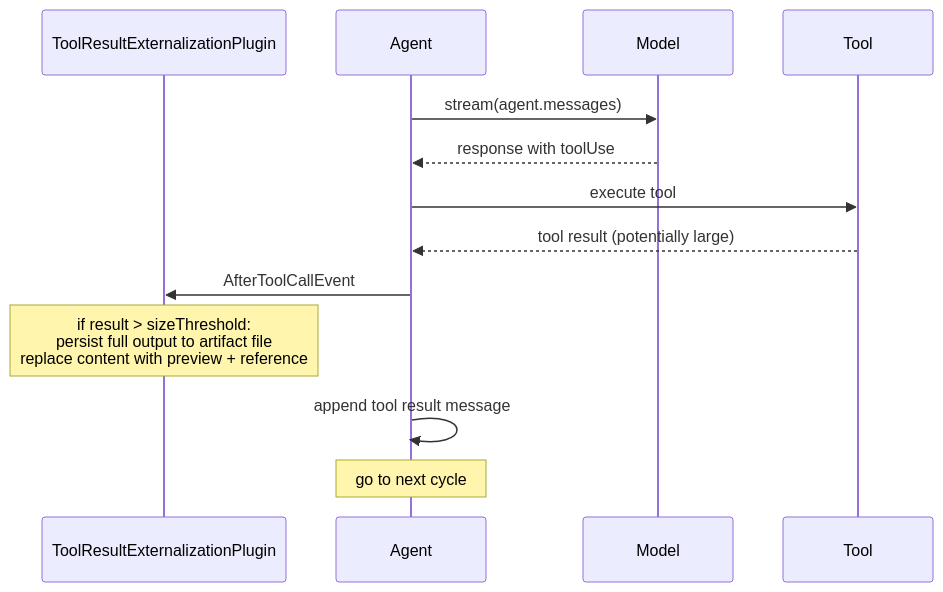
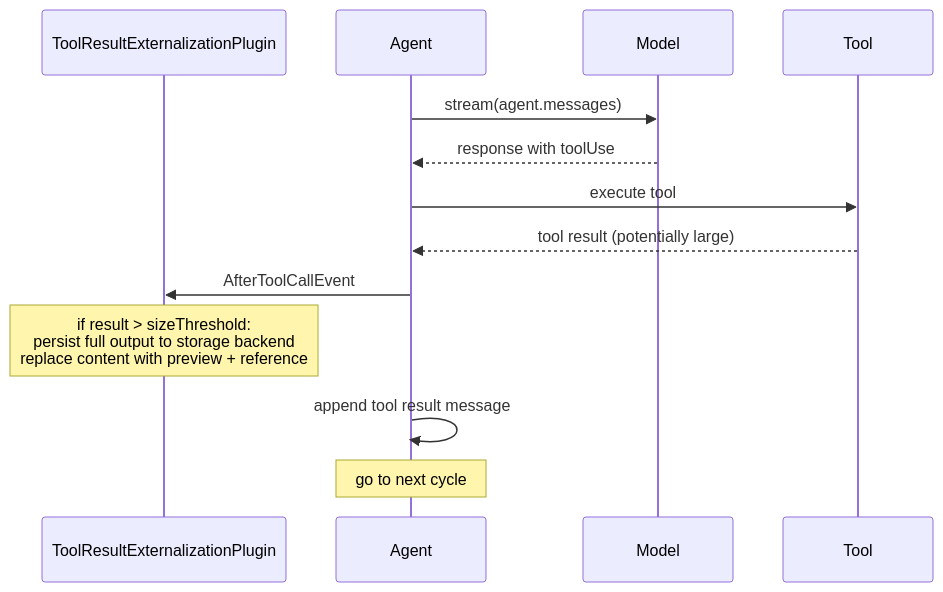
Before and after one commit to strands-agents/docs: the diagram in designs/0007-tool-result-externalization.md, drawn with Mermaid. The commit also changed other lines of this file, not shown here.

````diff
--- a/designs/0007-tool-result-externalization.md
+++ b/designs/0007-tool-result-externalization.md
@@ -89,16 +38,16 @@
 ```mermaid
 sequenceDiagram
     participant Plugin as ToolResultExternalizationPlugin
     participant Agent
     participant Model
     participant Tool
 
     Agent->>Model: stream(agent.messages)
     Model-->>Agent: response with toolUse
     Agent->>Tool: execute tool
     Tool-->>Agent: tool result (potentially large)
     Agent->>Plugin: AfterToolCallEvent
-    Note over Plugin: if result > sizeThreshold:<br/>persist full output to artifact file<br/>replace content with preview + reference
+    Note over Plugin: if result > sizeThreshold:<br/>persist full output to storage backend<br/>replace content with preview + reference
     Agent->>Agent: append tool result message
     Note over Agent: go to next cycle
 ```
````
